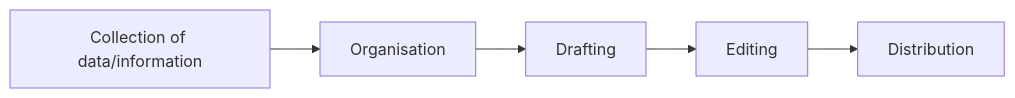
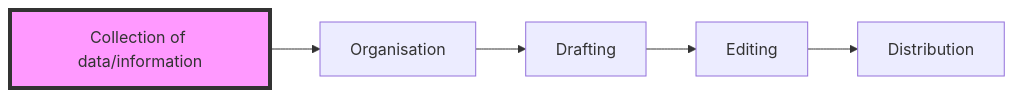
Before and after one commit to giorgio-bendoni/giorgio-bendoni.github.io: the diagram in myworkflow.md, drawn with Mermaid. The commit also changed other lines of this file, not shown here.

```diff
--- a/myworkflow.md
+++ b/myworkflow.md
@@ -14,7 +13,8 @@
 <div class="mermaid">
 graph LR
   A[Collection of data/information]:::className-->B[Organisation]
   B-->C[Drafting]
   C-->D[Editing]
   D-->E[Distribution]
+classDef className fill:#f9f,stroke:#333,stroke-width:4px;
 </div>
```
